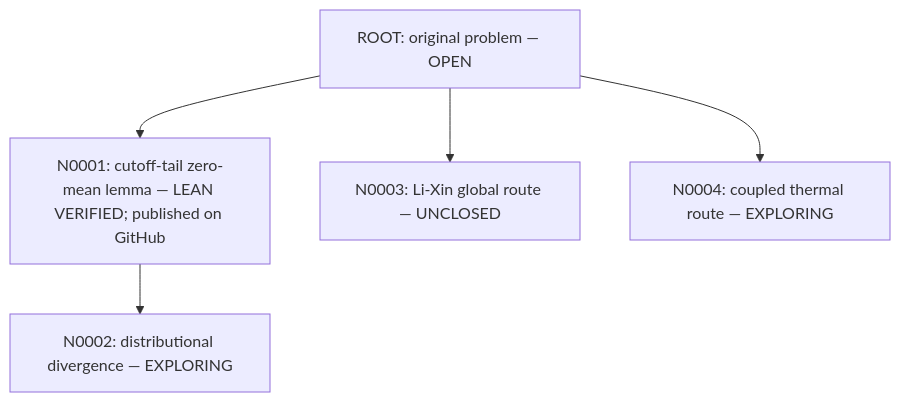
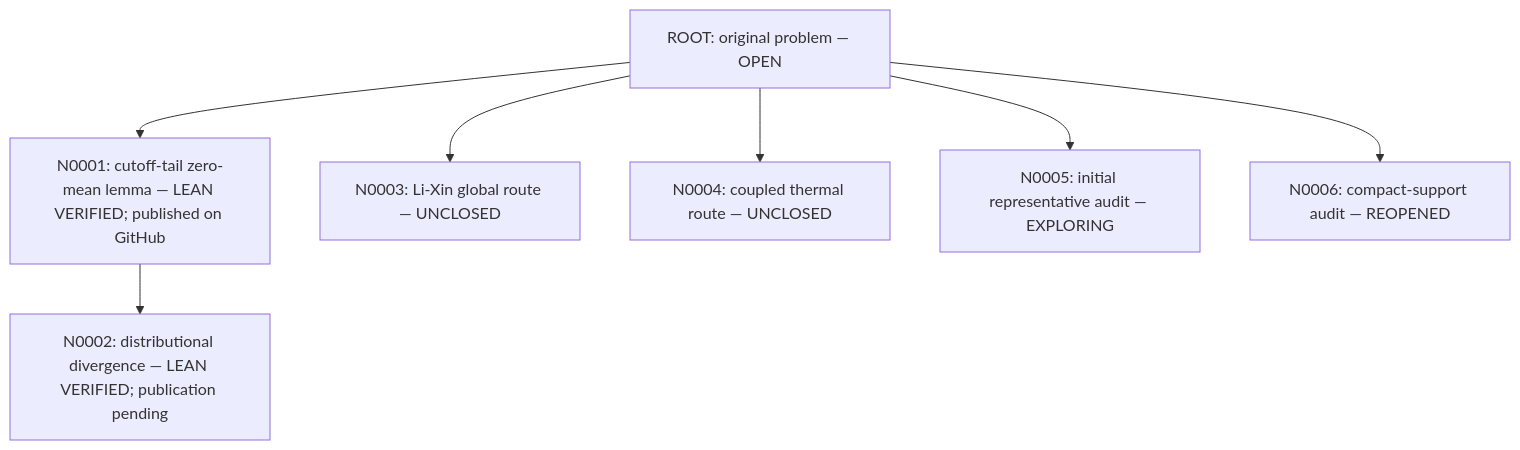
Before and after one commit to SongXin2357/xiong-fns-general-vacuum: the diagram in README.md, drawn with Mermaid. The commit also changed other lines of this file and 70 other files, not shown here.

Commit message:
Verify planar distributional divergence node and preserve open PDE audits

````diff
--- a/README.md
+++ b/README.md
@@ -9,7 +9,9 @@
 ```mermaid
 flowchart TD
  ROOT["ROOT: original problem — OPEN"] --> N0001["N0001: cutoff-tail zero-mean lemma — LEAN VERIFIED; published on GitHub"]
- N0001 --> N0002["N0002: distributional divergence — EXPLORING"]
+ N0001 --> N0002["N0002: distributional divergence — LEAN VERIFIED; publication pending"]
  ROOT --> N0003["N0003: Li-Xin global route — UNCLOSED"]
- ROOT --> N0004["N0004: coupled thermal route — EXPLORING"]
+ ROOT --> N0004["N0004: coupled thermal route — UNCLOSED"]
+ ROOT --> N0005["N0005: initial representative audit — EXPLORING"]
+ ROOT --> N0006["N0006: compact-support audit — REOPENED"]
 ```
````
